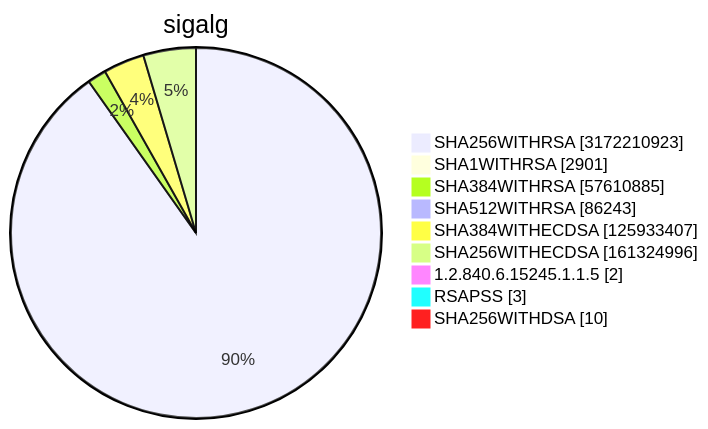
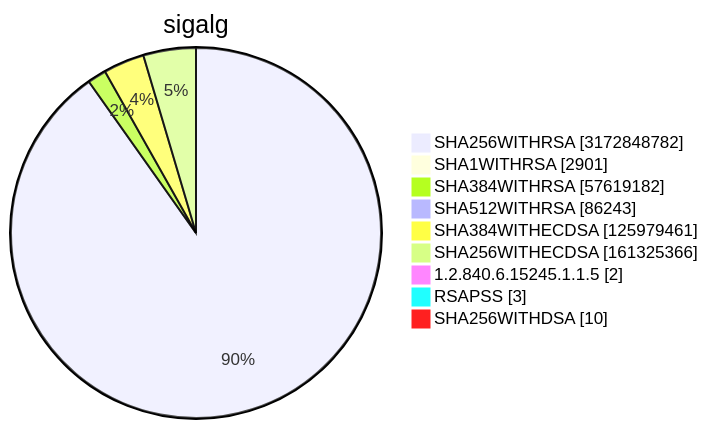
One commit to christiankrug/ctmonitor_visualization changed diagram 15 of 15 in TOTAL/README.md. Above: the diagram before and after it, drawn with Mermaid. The commit also changed other lines of this file, not shown here.

````diff
--- a/TOTAL/README.md
+++ b/TOTAL/README.md
@@ -6215,13 +6215,13 @@
 ```mermaid
 pie showData
 title sigalg
-"SHA256WITHRSA" :3172210923
+"SHA256WITHRSA" :3172848782
 "SHA1WITHRSA" :2901
-"SHA384WITHRSA" :57610885
+"SHA384WITHRSA" :57619182
 "SHA512WITHRSA" :86243
-"SHA384WITHECDSA" :125933407
-"SHA256WITHECDSA" :161324996
+"SHA384WITHECDSA" :125979461
+"SHA256WITHECDSA" :161325366
 "1.2.840.6.15245.1.1.5" :2
 "RSAPSS" :3
 "SHA256WITHDSA" :10
 ```
````
